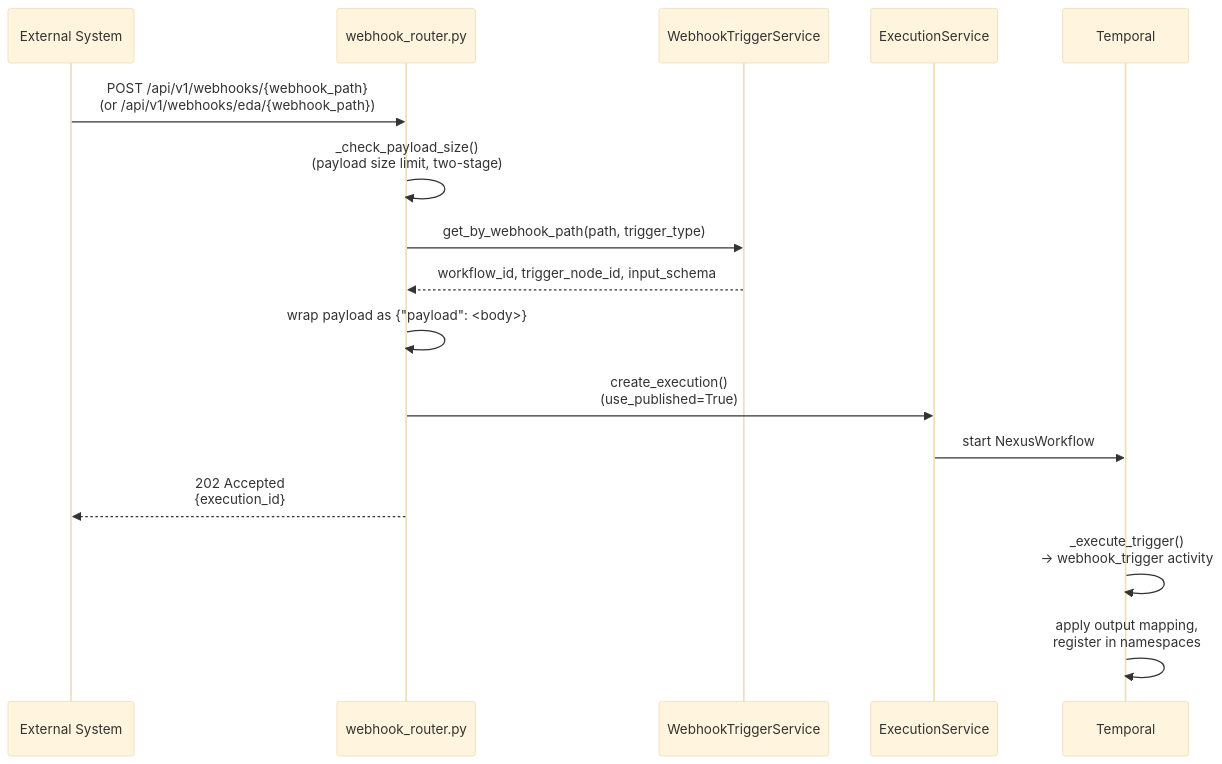
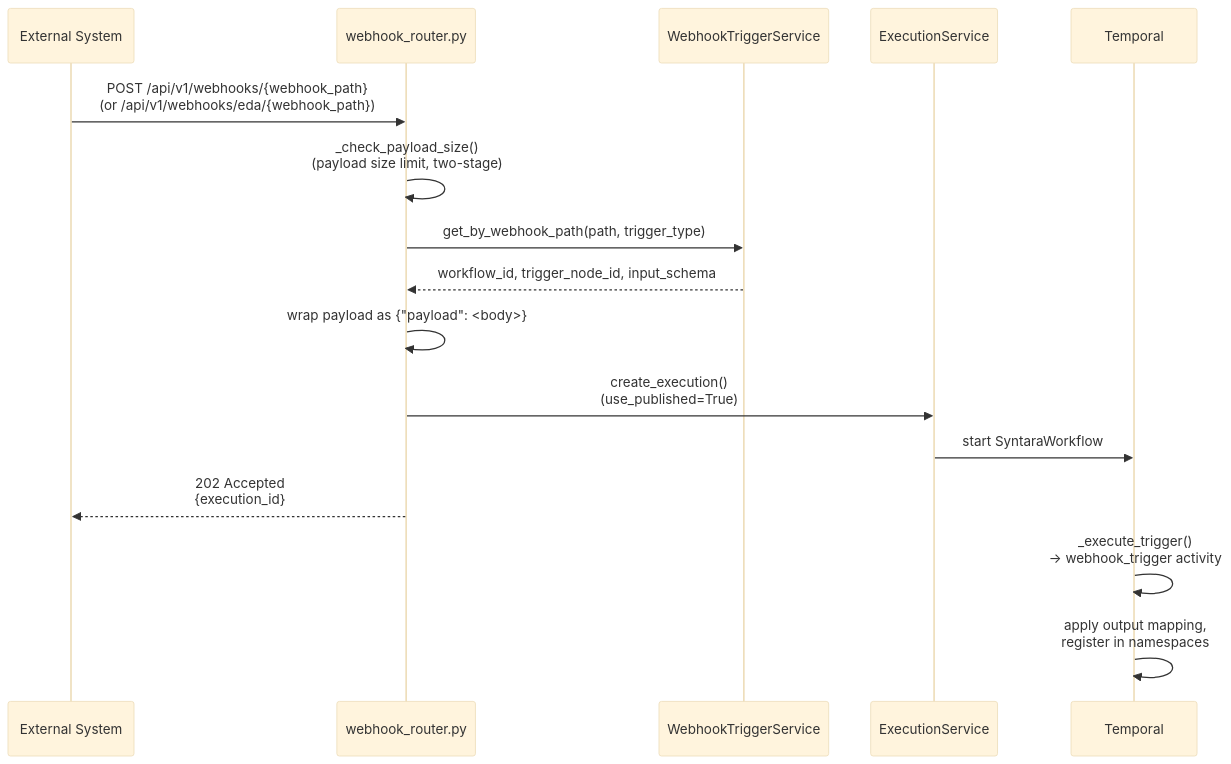
Before and after one commit to syntara-orchestration/syntara: the first of 2 diagrams in backend/docs/workflow-engine/triggers/webhook-triggers.md, drawn with Mermaid (base theme). The commit also changed 98 other files, not shown here.

First line of the commit message:
refactor: rename nexus code symbols to syntara across codebase

````diff
--- a/backend/docs/workflow-engine/triggers/webhook-triggers.md
+++ b/backend/docs/workflow-engine/triggers/webhook-triggers.md
@@ -14,19 +14,19 @@
 ```mermaid
 sequenceDiagram
     participant Ext as External System
     participant Router as webhook_router.py
     participant Svc as WebhookTriggerService
     participant ES as ExecutionService
     participant Temporal
 
     Ext->>Router: POST /api/v1/webhooks/{webhook_path}<br/>(or /api/v1/webhooks/eda/{webhook_path})
     Router->>Router: _check_payload_size()<br/>(payload size limit, two-stage)
     Router->>Svc: get_by_webhook_path(path, trigger_type)
     Svc-->>Router: workflow_id, trigger_node_id, input_schema
     Router->>Router: wrap payload as {"payload": <body>}
     Router->>ES: create_execution()<br/>(use_published=True)
-    ES->>Temporal: start NexusWorkflow
+    ES->>Temporal: start SyntaraWorkflow
     Router-->>Ext: 202 Accepted<br/>{execution_id}
     Temporal->>Temporal: _execute_trigger()<br/>→ webhook_trigger activity
     Temporal->>Temporal: apply output mapping,<br/>register in namespaces
 ```
````
